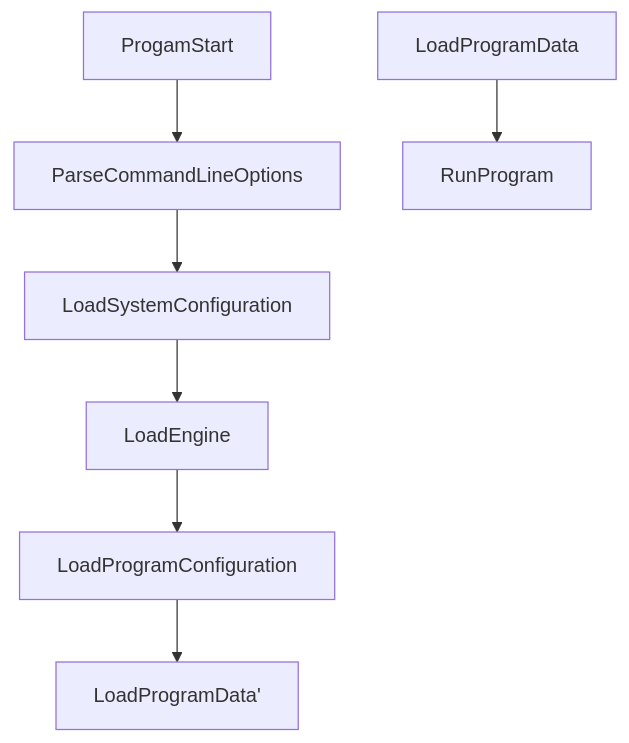
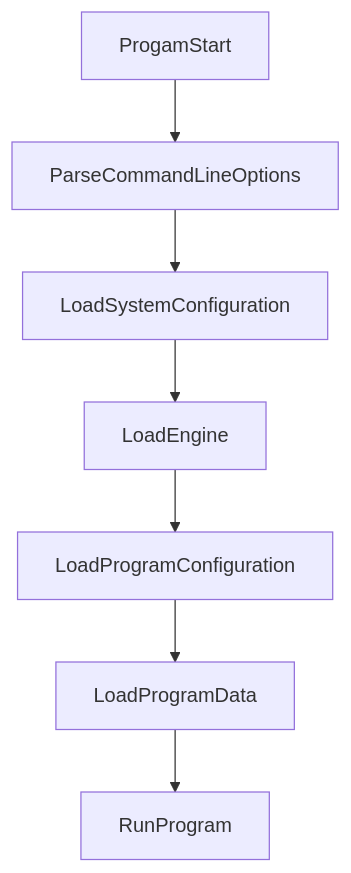
One commit to jimmydevine/mosaic changed the diagram in README.md. Above: the diagram before and after it, drawn with Mermaid.

````diff
--- a/README.md
+++ b/README.md
@@ -19,9 +19,9 @@
 ```mermaid
 graph TD;
     ProgamStart-->ParseCommandLineOptions;
     ParseCommandLineOptions-->LoadSystemConfiguration;
     LoadSystemConfiguration-->LoadEngine;
     LoadEngine-->LoadProgramConfiguration;
-    LoadProgramConfiguration-->LoadProgramData'
+    LoadProgramConfiguration-->LoadProgramData;
     LoadProgramData-->RunProgram;
 ```
````
